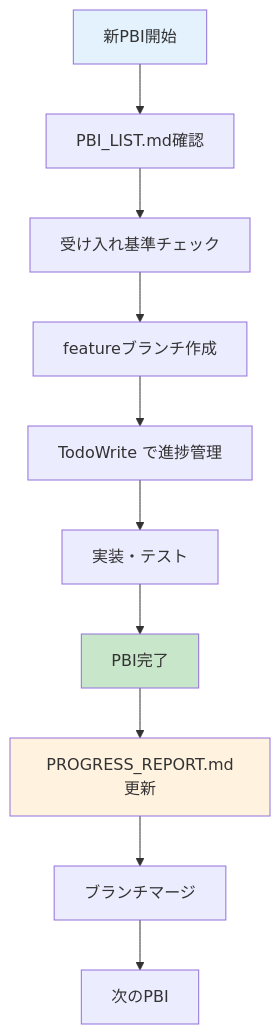
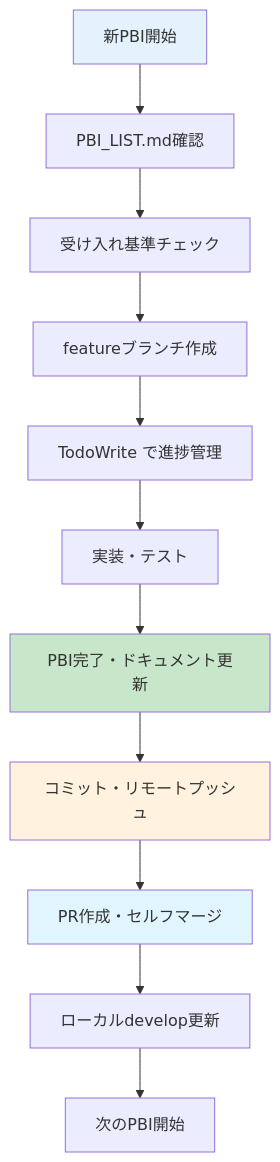
The first of 4 diagrams in CLAUDE.md (ak-nagae/sideVar), drawn with Mermaid before and after one commit. The commit also changed other lines of this file, not shown here.

````diff
--- a/CLAUDE.md
+++ b/CLAUDE.md
@@ -7,16 +7,18 @@
 ```mermaid
 flowchart TD
     A[新PBI開始] --> B[PBI_LIST.md確認]
     B --> C[受け入れ基準チェック]
     C --> D[featureブランチ作成]
     D --> E[TodoWrite で進捗管理]
     E --> F[実装・テスト]
-    F --> G[PBI完了]
-    G --> H[PROGRESS_REPORT.md更新]
-    H --> I[ブランチマージ]
-    I --> J[次のPBI]
+    F --> G[PBI完了・ドキュメント更新]
+    G --> H[コミット・リモートプッシュ]
+    H --> I[PR作成・セルフマージ]
+    I --> J[ローカルdevelop更新]
+    J --> K[次のPBI開始]
 
     style A fill:#e3f2fd
     style G fill:#c8e6c9
     style H fill:#fff3e0
+    style I fill:#e1f5fe
 ```
````
